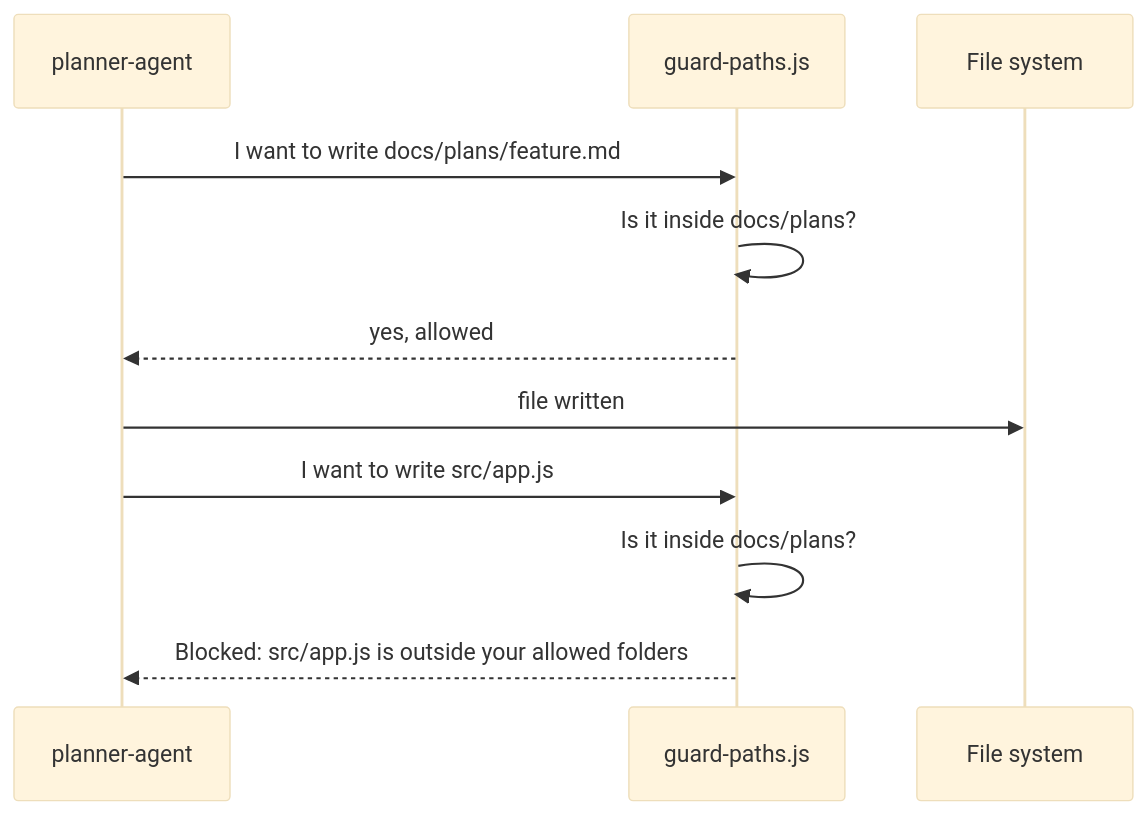
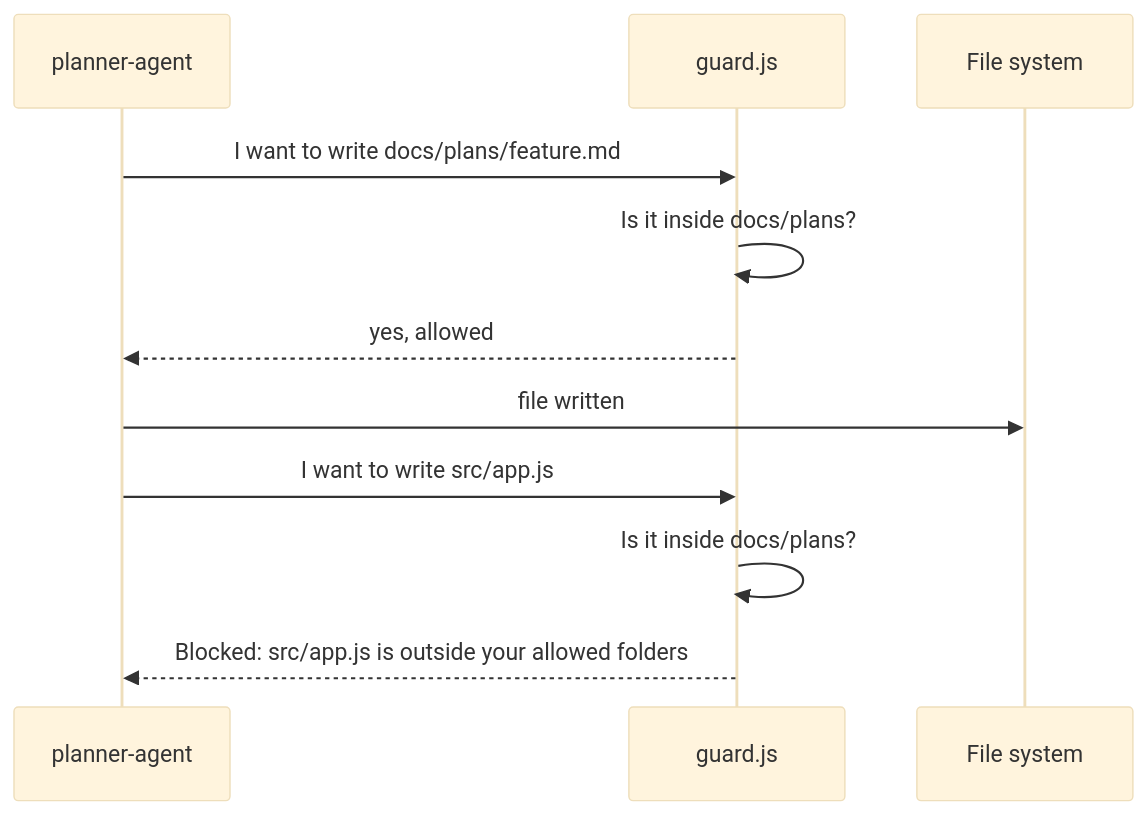
The fifth of 5 diagrams in TUTORIAL.md (pohjus/claude-multi-agent-template), drawn with Mermaid (base theme) before and after one commit. The commit also changed other lines of this file and 19 other files, not shown here.

````diff
--- a/TUTORIAL.md
+++ b/TUTORIAL.md
@@ -333,15 +340,15 @@
 ```mermaid
 sequenceDiagram
     participant A as planner-agent
-    participant H as guard-paths.js
+    participant H as guard.js
     participant F as File system
 
     A->>H: I want to write docs/plans/feature.md
     H->>H: Is it inside docs/plans?
     H-->>A: yes, allowed
     A->>F: file written
 
     A->>H: I want to write src/app.js
     H->>H: Is it inside docs/plans?
     H-->>A: Blocked: src/app.js is outside your allowed folders
 ```
````
